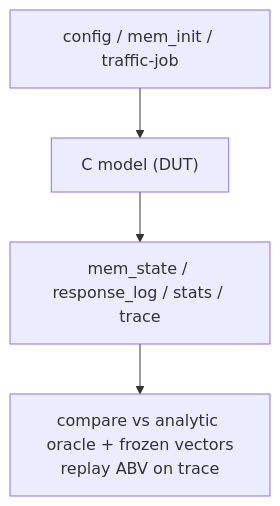
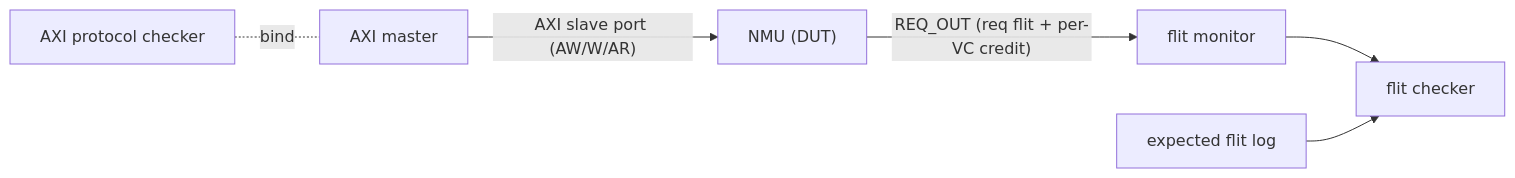
The first of 4 diagrams in spec/ni/dv/test_environment.md (changlukas/noc-sim), drawn with Mermaid before and after one commit. The commit also changed other lines of this file and 10 other files, not shown here.

First line of the commit message:
spec/ni: stage-centric DV test environment + per-block interfaces + master/slave port naming

````diff
--- a/spec/ni/dv/test_environment.md
+++ b/spec/ni/dv/test_environment.md
@@ -50,6 +83,8 @@
 ```mermaid
-flowchart TD
-  IN["config / mem_init / traffic-job"] --> DUT["C model (DUT)"]
-  DUT --> OUT["mem_state / response_log / stats / trace"]
-  OUT --> CHK["compare vs analytic oracle + frozen vectors<br/>replay ABV on trace"]
+flowchart LR
+  M["AXI master"] -->|"AXI slave port (AW/W/AR)"| DUT["NMU (DUT)"]
+  DUT -->|"REQ_OUT (req flit + per-VC credit)"| MON["flit monitor"]
+  MON --> CHK["flit checker"]
+  REF["expected flit log"] --> CHK
+  PC["AXI protocol checker"] -.bind.- M
 ```
````
